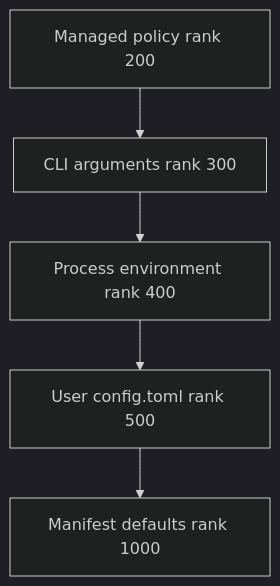
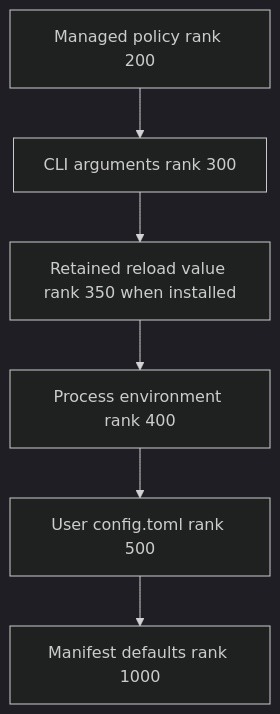
Before and after one commit to langchain-ai/deepagents: the first of 2 diagrams in openwiki/concepts/config-layering.md, drawn with Mermaid (dark theme). The commit also changed other lines of this file and 31 other files, not shown here.

````diff
--- a/openwiki/concepts/config-layering.md
+++ b/openwiki/concepts/config-layering.md
@@ -47,7 +47,8 @@
 ```mermaid
 flowchart TD
     M["Managed policy rank 200"] --> C["CLI arguments rank 300"]
-    C --> E["Process environment rank 400"]
+    C --> R["Retained reload value rank 350 when installed"]
+    R --> E["Process environment rank 400"]
     E --> U["User config.toml rank 500"]
     U --> D["Manifest defaults rank 1000"]
 ```
````
